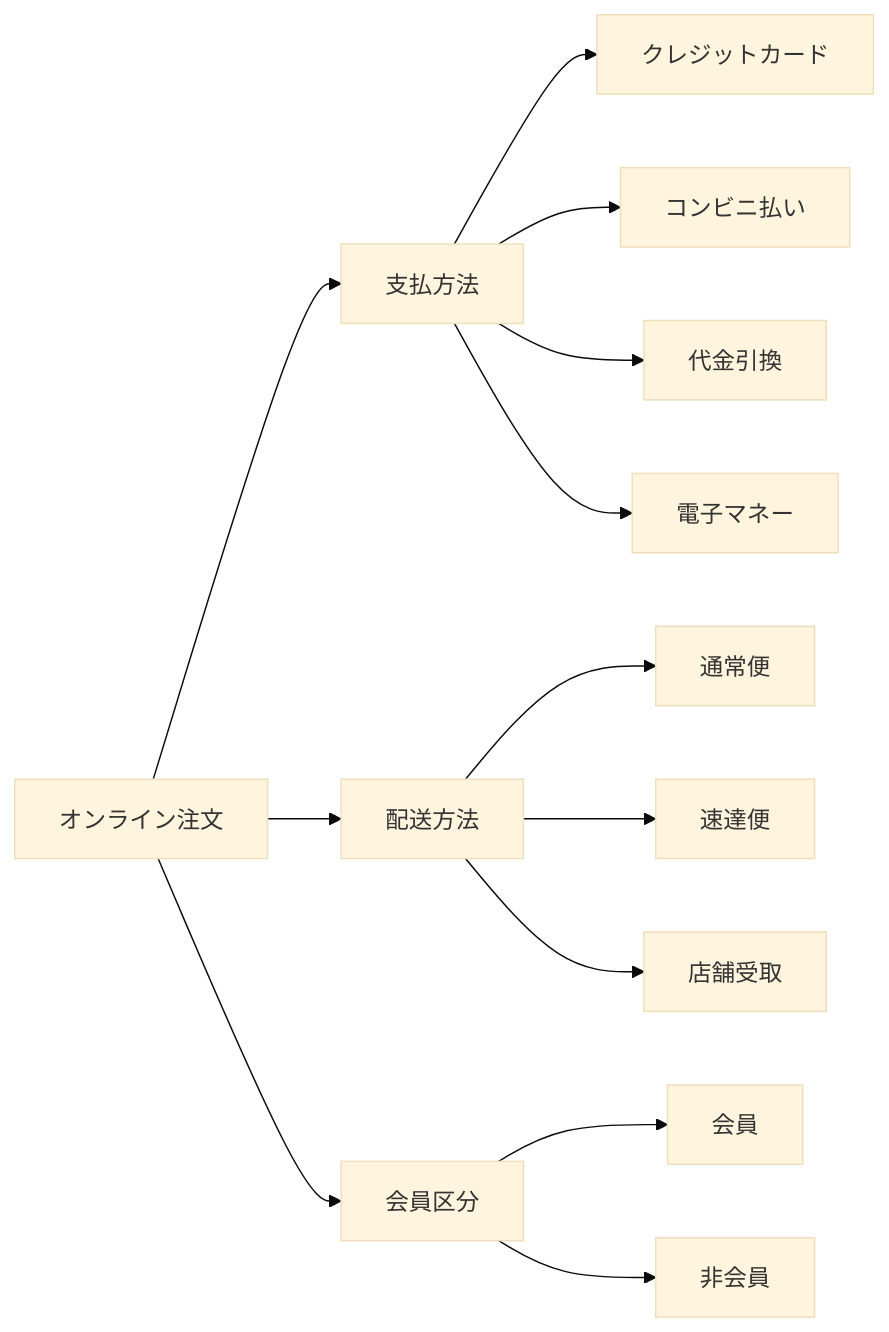
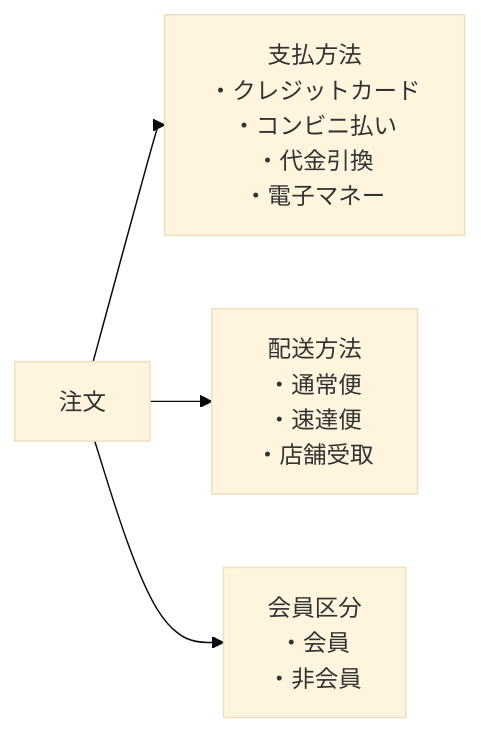
One commit to ozaki25/jstqb-foundation-training-ozaki25 changed the diagram in sites/al-ta/docs/lessons/lesson11/index.md. Above: the diagram before and after it, drawn with Mermaid (base theme). The commit also changed other lines of this file and 19 other files, not shown here.

````diff
--- a/sites/al-ta/docs/lessons/lesson11/index.md
+++ b/sites/al-ta/docs/lessons/lesson11/index.md
@@ -60,15 +60,7 @@
 ```mermaid
+%%{init: {"flowchart": {"rankSpacing": 10}}}%%
 flowchart LR
-    R[オンライン注文] --> P1[支払方法]
-    R --> P2[配送方法]
-    R --> P3[会員区分]
-    P1 --> V11[クレジットカード]
-    P1 --> V12[コンビニ払い]
-    P1 --> V13[代金引換]
-    P1 --> V14[電子マネー]
-    P2 --> V21[通常便]
-    P2 --> V22[速達便]
-    P2 --> V23[店舗受取]
-    P3 --> V31[会員]
-    P3 --> V32[非会員]
+    R[注文] --> P1[支払方法\n・クレジットカード\n・コンビニ払い\n・代金引換\n・電子マネー]
+    R --> P2[配送方法\n・通常便\n・速達便\n・店舗受取]
+    R --> P3[会員区分\n・会員\n・非会員]
 ```
````
